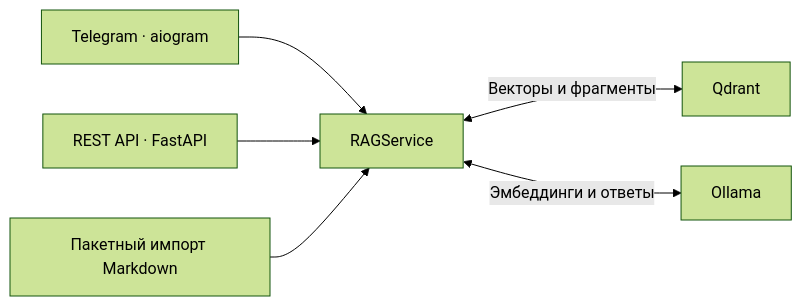
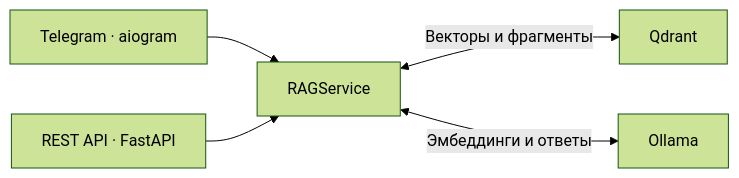
The diagram in README.md (tgmrv/ai-knowledge-assistant), drawn with Mermaid (forest theme) before and after one commit.

````diff
--- a/README.md
+++ b/README.md
@@ -97,8 +97,7 @@
 ```mermaid
 flowchart LR
     TG["Telegram · aiogram"] --> RAG["RAGService"]
     API["REST API · FastAPI"] --> RAG
-    CLI["Пакетный импорт Markdown"] --> RAG
     RAG <-->|"Векторы и фрагменты"| Q["Qdrant"]
     RAG <-->|"Эмбеддинги и ответы"| O["Ollama"]
 ```
````
